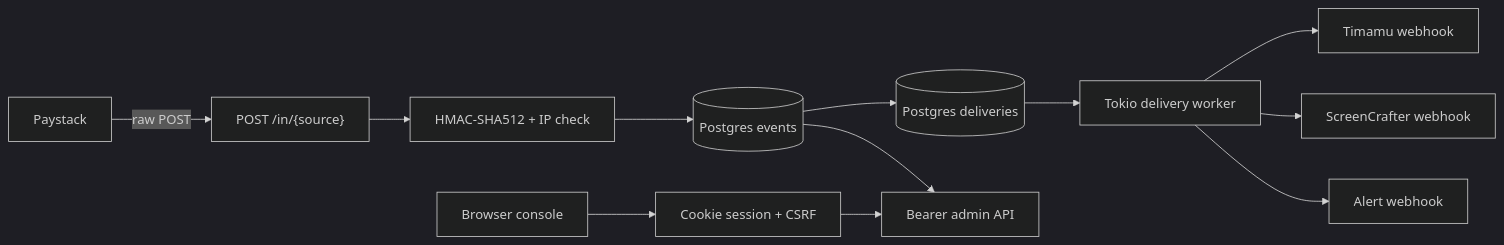
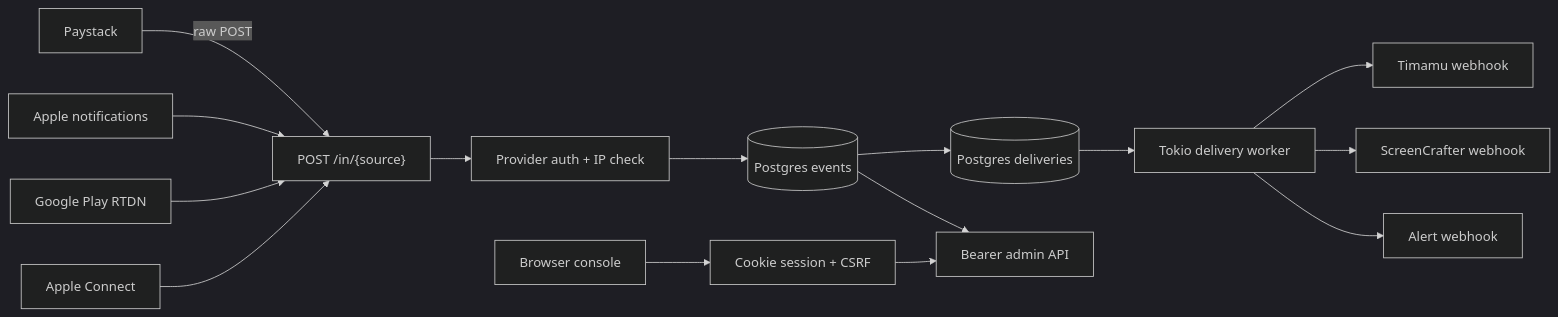
One commit to vant-labs/paystack-fanout changed the diagram in README.md. Above: the diagram before and after it, drawn with Mermaid (dark theme). The commit also changed other lines of this file and 9 other files, not shown here.

Commit message:
feat: add provider boundary for store notifications

````diff
--- a/README.md
+++ b/README.md
@@ -13,14 +13,17 @@
 ```mermaid
 flowchart LR
     P[Paystack] -->|raw POST| I["POST /in/{source}"]
-    I --> V[HMAC-SHA512 + IP check]
+    AS[Apple notifications] --> I
+    GP[Google Play RTDN] --> I
+    AC[Apple Connect] --> I
+    I --> V[Provider auth + IP check]
     V --> D[(Postgres events)]
     D --> Q[(Postgres deliveries)]
     Q --> W[Tokio delivery worker]
     W --> T[Timamu webhook]
     W --> S[ScreenCrafter webhook]
     W --> A[Alert webhook]
     D --> AD[Bearer admin API]
     B[Browser console] --> H[Cookie session + CSRF]
     H --> AD
 ```
````
